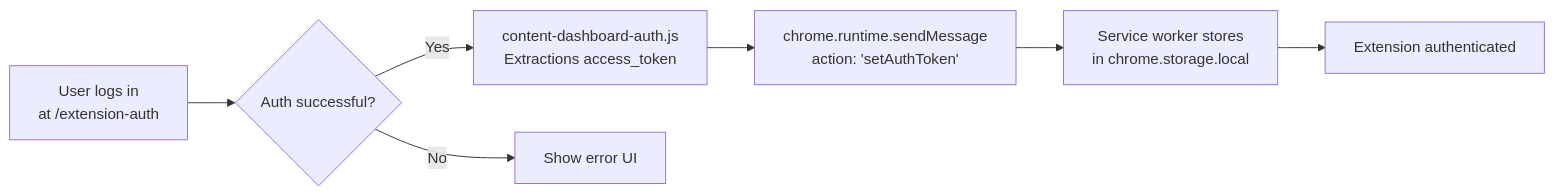
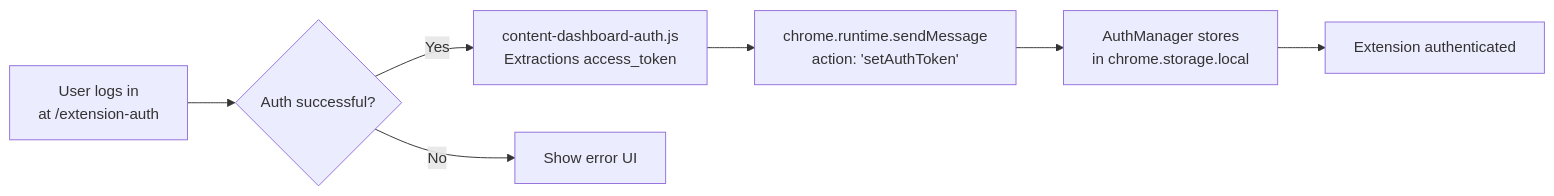
One commit to HackamViGo/Chat-Organizer changed the second of 3 diagrams in docs/technical/SYNC_PROTOCOL.md. Above: the diagram before and after it, drawn with Mermaid. The commit also changed other lines of this file and 5 other files, not shown here.

````diff
--- a/docs/technical/SYNC_PROTOCOL.md
+++ b/docs/technical/SYNC_PROTOCOL.md
@@ -50,9 +50,9 @@
 ```mermaid
 flowchart LR
     A[User logs in<br/>at /extension-auth] --> B{Auth successful?}
     B -->|Yes| C[content-dashboard-auth.js<br/>Extractions access_token]
     C --> D[chrome.runtime.sendMessage<br/>action: 'setAuthToken']
-    D --> E[Service worker stores<br/>in chrome.storage.local]
+    D --> E[AuthManager stores<br/>in chrome.storage.local]
     E --> F[Extension authenticated]
     B -->|No| G[Show error UI]
 ```
````
